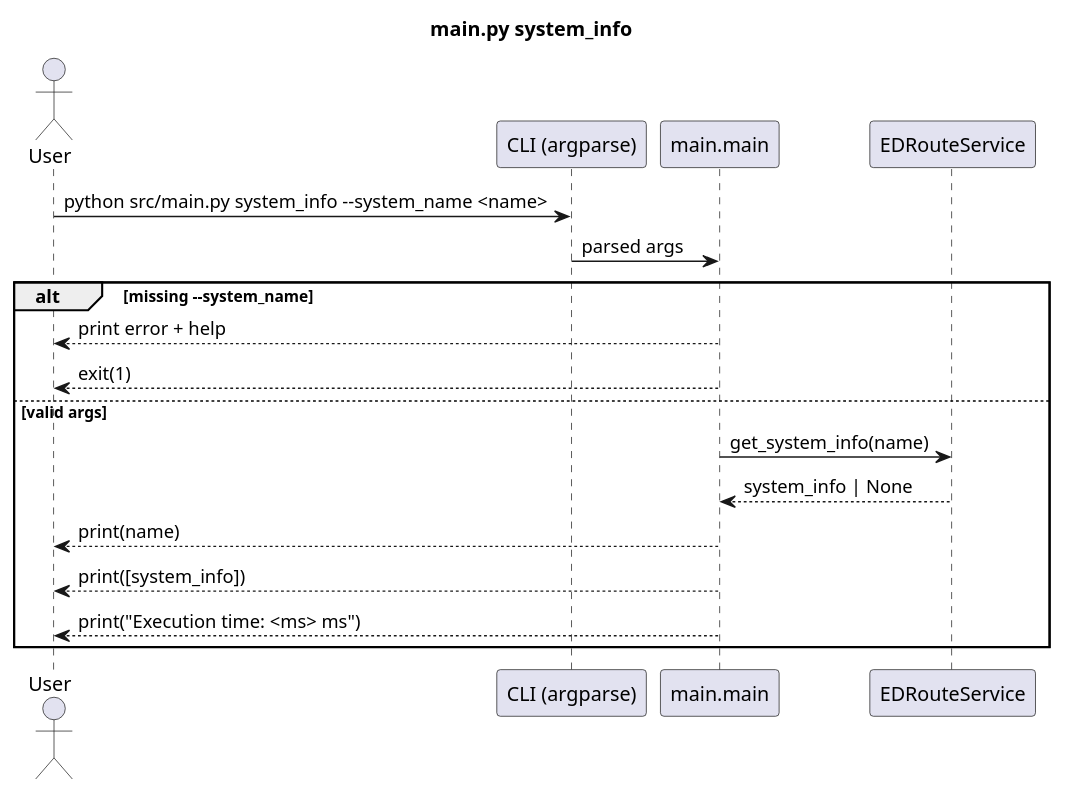
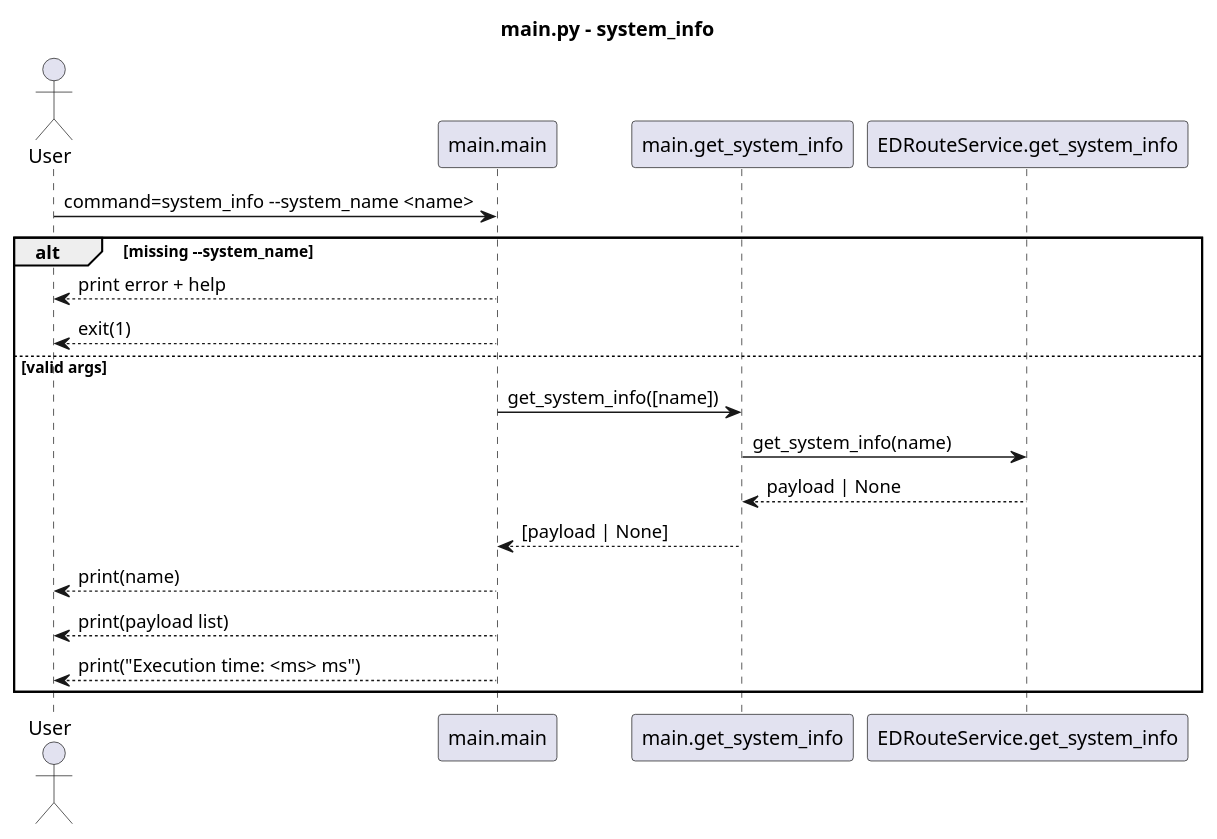
One commit to fazleskhan/elite_dangerous_discord_tools changed the second of 6 diagrams in docs/main_sequences.puml. Above: the diagram before and after it, drawn with PlantUML. The commit also changed other lines of this file and 23 other files, not shown here.

Commit message:
updated README.md and diagrams

```diff
--- a/docs/main_sequences.puml
+++ b/docs/main_sequences.puml
@@ -16,21 +15,22 @@
 @startuml main_system_info
-title main.py system_info
+title main.py - system_info
+
 actor User
-participant "CLI (argparse)" as CLI
 participant "main.main" as Main
-participant "EDRouteService" as Route
+participant "main.get_system_info" as GetInfo
+participant "EDRouteService.get_system_info" as Route
 
-User -> CLI : python src/main.py system_info --system_name <name>
-CLI -> Main : parsed args
-
+User -> Main : command=system_info --system_name <name>
 alt missing --system_name
   Main --> User : print error + help
   Main --> User : exit(1)
 else valid args
-  Main -> Route : get_system_info(name)
-  Route --> Main : system_info | None
+  Main -> GetInfo : get_system_info([name])
+  GetInfo -> Route : get_system_info(name)
+  Route --> GetInfo : payload | None
+  GetInfo --> Main : [payload | None]
   Main --> User : print(name)
-  Main --> User : print([system_info])
+  Main --> User : print(payload list)
   Main --> User : print("Execution time: <ms> ms")
 end
 @enduml
```
